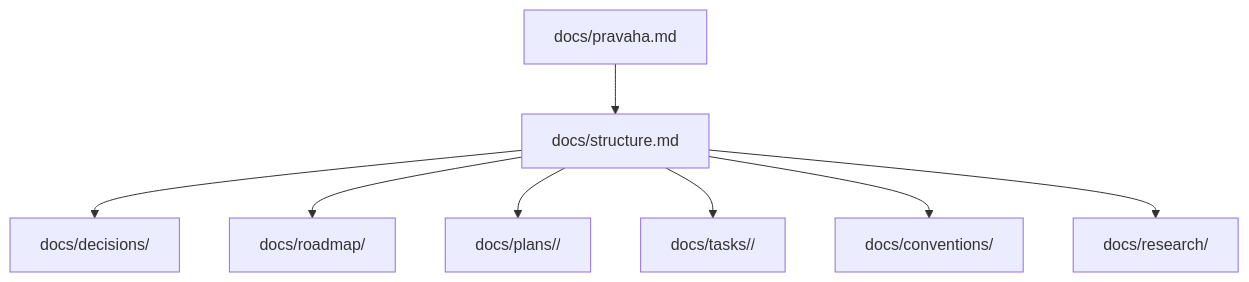
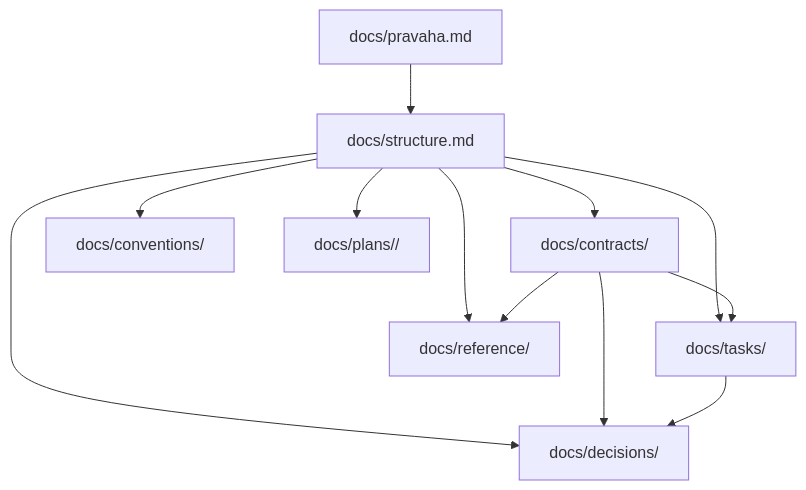
Before and after one commit to mantoni/pravaha: the diagram in docs/structure.md, drawn with Mermaid. The commit also changed other lines of this file and 7 other files, not shown here.

````diff
--- a/docs/structure.md
+++ b/docs/structure.md
@@ -23,19 +25,23 @@
 ```mermaid
 graph TD
   A["docs/pravaha.md"]
   B["docs/structure.md"]
-  C["docs/decisions/"]
-  D["docs/roadmap/"]
-  E["docs/plans/<version>/"]
-  F["docs/tasks/<version>/"]
-  G["docs/conventions/"]
-  H["docs/research/"]
+  C["docs/contracts/"]
+  D["docs/tasks/"]
+  E["docs/decisions/"]
+  F["docs/conventions/"]
+  G["docs/reference/"]
+  H["docs/plans/<version>/"]
 
   A --> B
   B --> C
   B --> D
   B --> E
   B --> F
   B --> G
   B --> H
+  C --> D
+  C --> E
+  C --> G
+  D --> E
 ```
````
